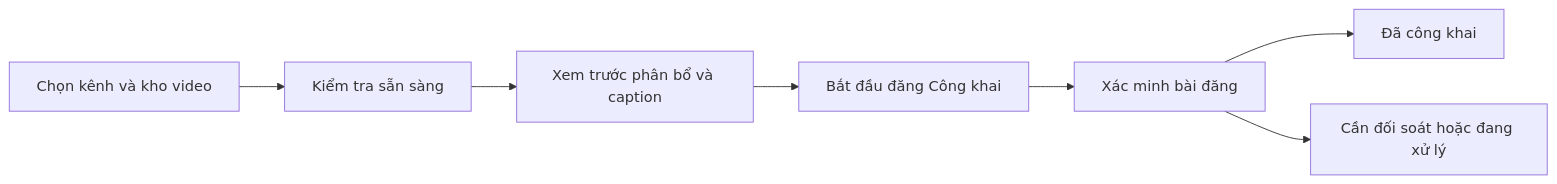
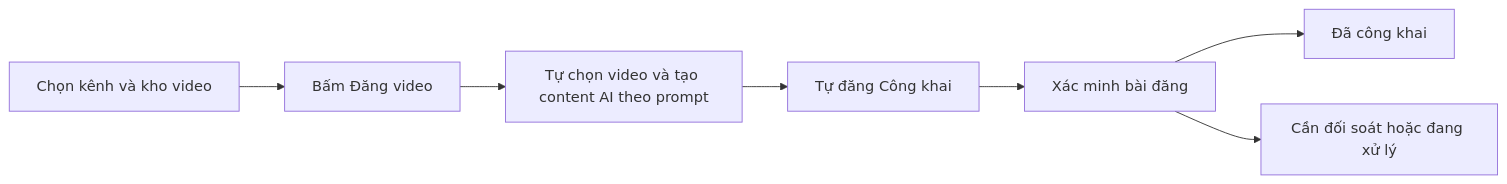
The diagram in README.md (khaihoansk86-debug/Vietdub-Ai), drawn with Mermaid before and after one commit. The commit also changed other lines of this file and 9 other files, not shown here.

````diff
--- a/README.md
+++ b/README.md
@@ -66,9 +66,9 @@
 ```mermaid
 flowchart LR
-    A[Chọn kênh và kho video] --> B[Kiểm tra sẵn sàng]
-    B --> C[Xem trước phân bổ và caption]
-    C --> D[Bắt đầu đăng Công khai]
+    A[Chọn kênh và kho video] --> B[Bấm Đăng video]
+    B --> C[Tự chọn video và tạo content AI theo prompt]
+    C --> D[Tự đăng Công khai]
     D --> E[Xác minh bài đăng]
     E --> F[Đã công khai]
     E --> G[Cần đối soát hoặc đang xử lý]
 ```
````
